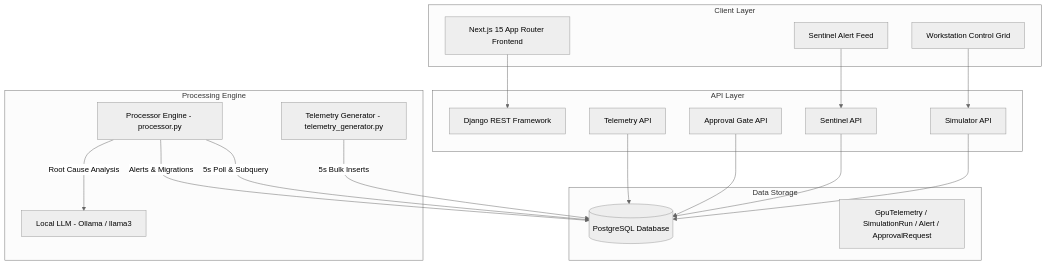
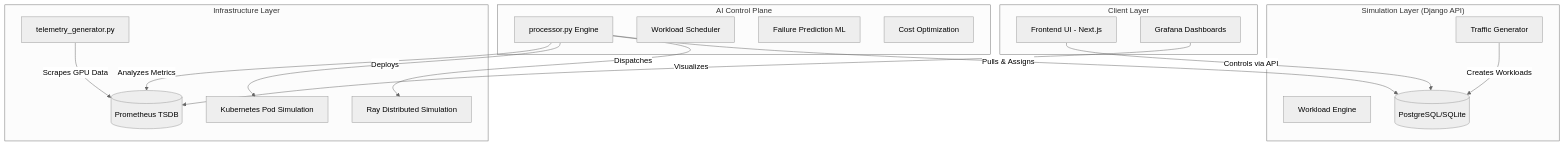
The diagram in DOCS/architecture/system-overview.md (Eashanoppo/ai-cluster), drawn with Mermaid (neutral theme) before and after one commit. The commit also changed other lines of this file and 55 other files, not shown here.

Commit message:
chore: simulator overhaul, backend processor logic, UI routing and Phase 1 documentation

````diff
--- a/DOCS/architecture/system-overview.md
+++ b/DOCS/architecture/system-overview.md
@@ -39,41 +12,38 @@
 ```mermaid
-graph TB
-    subgraph Client Layer
-        UI[Next.js 15 App Router Frontend]
-        WS[Workstation Control Grid]
-        SB[Sentinel Alert Feed]
+graph TD
+    subgraph "Client Layer"
+        UI[Frontend UI - Next.js]
+        Dashboard[Grafana Dashboards]
     end
 
-    subgraph API Layer
-        API[Django REST Framework]
-        SimView[Simulator API]
-        SentView[Sentinel API]
-        GateView[Approval Gate API]
-        TeleView[Telemetry API]
+    subgraph "AI Control Plane"
+        Processor[processor.py Engine]
+        Scheduler[Workload Scheduler]
+        Predictor[Failure Prediction ML]
+        CostOpt[Cost Optimization]
     end
 
-    subgraph Processing Engine
-        Proc[Processor Engine - processor.py]
-        Telem[Telemetry Generator - telemetry_generator.py]
-        Ollama[Local LLM - Ollama / llama3]
+    subgraph "Simulation Layer (Django API)"
+        TrafficGen[Traffic Generator]
+        WorkloadEng[Workload Engine]
+        DB[(PostgreSQL/SQLite)]
     end
 
-    subgraph Data Storage
-        PG[(PostgreSQL Database)]
-        Models[GpuTelemetry / SimulationRun / Alert / ApprovalRequest]
+    subgraph "Infrastructure Layer"
+        Telemetry[telemetry_generator.py]
+        Prometheus[(Prometheus TSDB)]
+        RaySim[Ray Distributed Simulation]
+        K8sSim[Kubernetes Pod Simulation]
     end
 
-    UI --> API
-    WS --> SimView
-    SB --> SentView
+    %% Data Flow
+    TrafficGen -- "Creates Workloads" --> DB
+    Processor -- "Pulls & Assigns" --> DB
+    Processor -- "Dispatches" --> RaySim
+    Processor -- "Deploys" --> K8sSim
 
-    SimView --> PG
-    SentView --> PG
-    GateView --> PG
-    TeleView --> PG
-
-    Telem -->|5s Bulk Inserts| PG
-    Proc -->|5s Poll & Subquery| PG
-    Proc -->|Root Cause Analysis| Ollama
-    Proc -->|Alerts & Migrations| PG
+    Telemetry -- "Scrapes GPU Data" --> Prometheus
+    Dashboard -- "Visualizes" --> Prometheus
+    Processor -- "Analyzes Metrics" --> Prometheus
+    UI -- "Controls via API" --> DB
 ```
````
